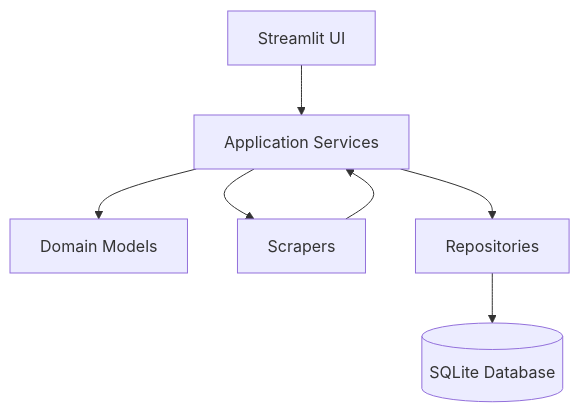
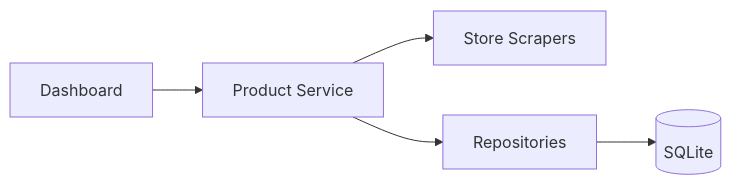
One commit to LuaKaiqueSilva/price-monitor changed the diagram in docs/SOFTWARE_ARCHITECTURE.md. Above: the diagram before and after it, drawn with Mermaid. The commit also changed other lines of this file and 3 other files, not shown here.

````diff
--- a/docs/SOFTWARE_ARCHITECTURE.md
+++ b/docs/SOFTWARE_ARCHITECTURE.md
@@ -67,22 +5,7 @@
 ```mermaid
-flowchart TD
-
-UI[Streamlit UI]
-
-SERVICES[Application Services]
-
-DOMAIN[Domain Models]
-
-SCRAPERS[Scrapers]
-
-DB[(SQLite Database)]
-
-REPO[Repositories]
-
-UI --> SERVICES
-SERVICES --> DOMAIN
-SERVICES --> SCRAPERS
-SERVICES --> REPO
-REPO --> DB    
-SCRAPERS --> SERVICES
+flowchart LR
+    Dashboard --> Service[Product Service]
+    Service --> Scrapers[Store Scrapers]
+    Service --> Repositories
+    Repositories --> SQLite[(SQLite)]
 ```
````
